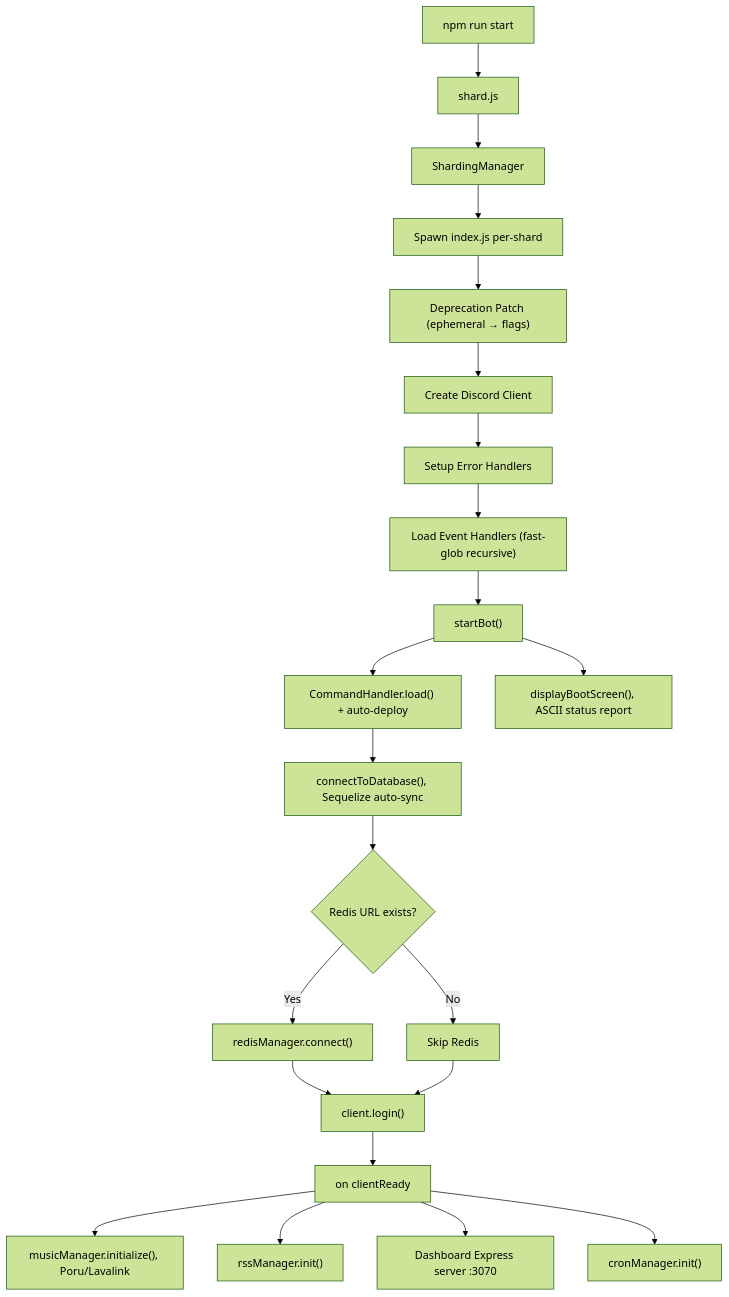
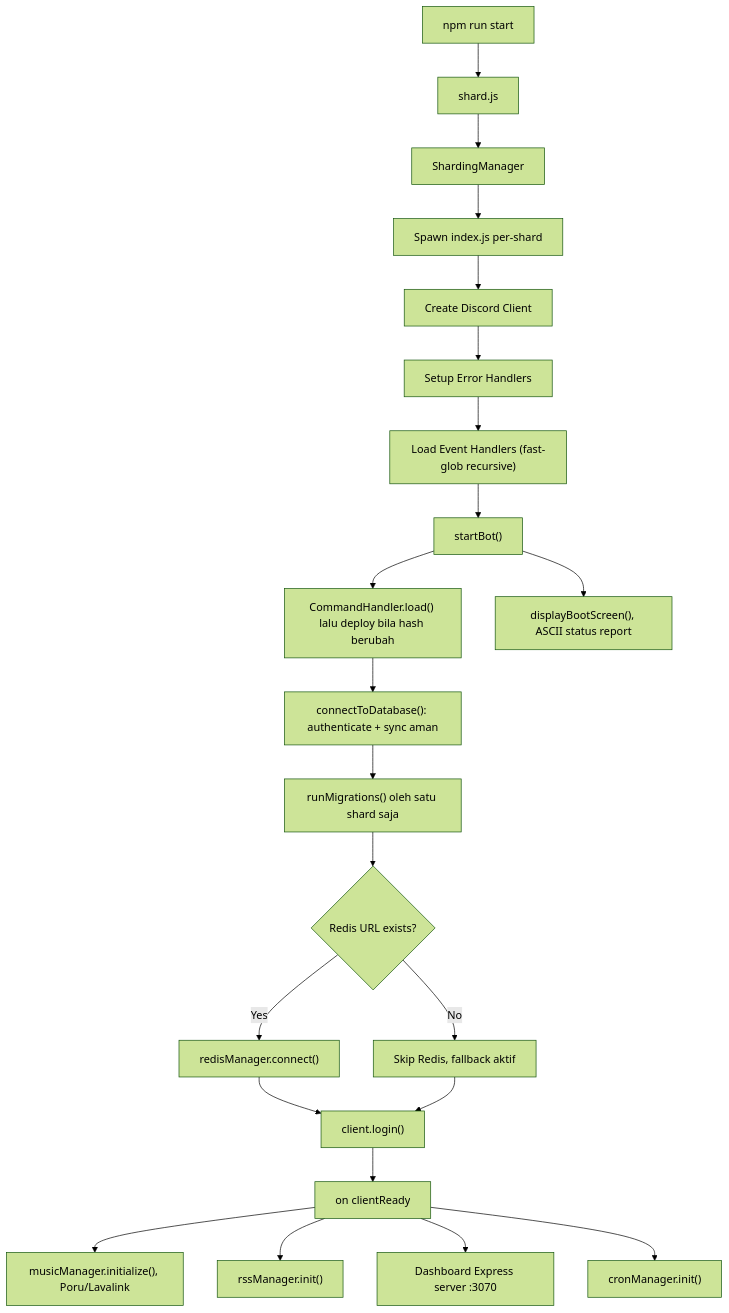
One commit to Aryandita/Naura-Hoshino-V2 changed the first of 4 diagrams in AGENTS.md. Above: the diagram before and after it, drawn with Mermaid (forest theme). The commit also changed other lines of this file, not shown here.

````diff
--- a/AGENTS.md
+++ b/AGENTS.md
@@ -271,24 +346,24 @@
 ```mermaid
 graph TD
     A["npm run start"] --> B["shard.js"]
     B --> C["ShardingManager"]
     C --> D["Spawn index.js per-shard"]
-    D --> E["Deprecation Patch (ephemeral → flags)"]
-    E --> F["Create Discord Client"]
-    F --> G["Setup Error Handlers"]
-    G --> H["Load Event Handlers (fast-glob recursive)"]
-    H --> I["startBot()"]
-    I --> J["CommandHandler.load() + auto-deploy"]
-    J --> K["connectToDatabase(), Sequelize auto-sync"]
+    D --> E["Create Discord Client"]
+    E --> F["Setup Error Handlers"]
+    F --> G["Load Event Handlers (fast-glob recursive)"]
+    G --> H["startBot()"]
+    H --> I["CommandHandler.load() lalu deploy bila hash berubah"]
+    I --> J["connectToDatabase(): authenticate + sync aman"]
+    J --> K["runMigrations() oleh satu shard saja"]
     K --> L{"Redis URL exists?"}
     L -->|Yes| M["redisManager.connect()"]
-    L -->|No| N["Skip Redis"]
+    L -->|No| N["Skip Redis, fallback aktif"]
     M --> O["client.login()"]
     N --> O
     O --> P["on clientReady"]
     P --> Q["musicManager.initialize(), Poru/Lavalink"]
     P --> R["rssManager.init()"]
     P --> S["Dashboard Express server :3070"]
     P --> T["cronManager.init()"]
-    I --> U["displayBootScreen(), ASCII status report"]
+    H --> U["displayBootScreen(), ASCII status report"]
 ```
````
